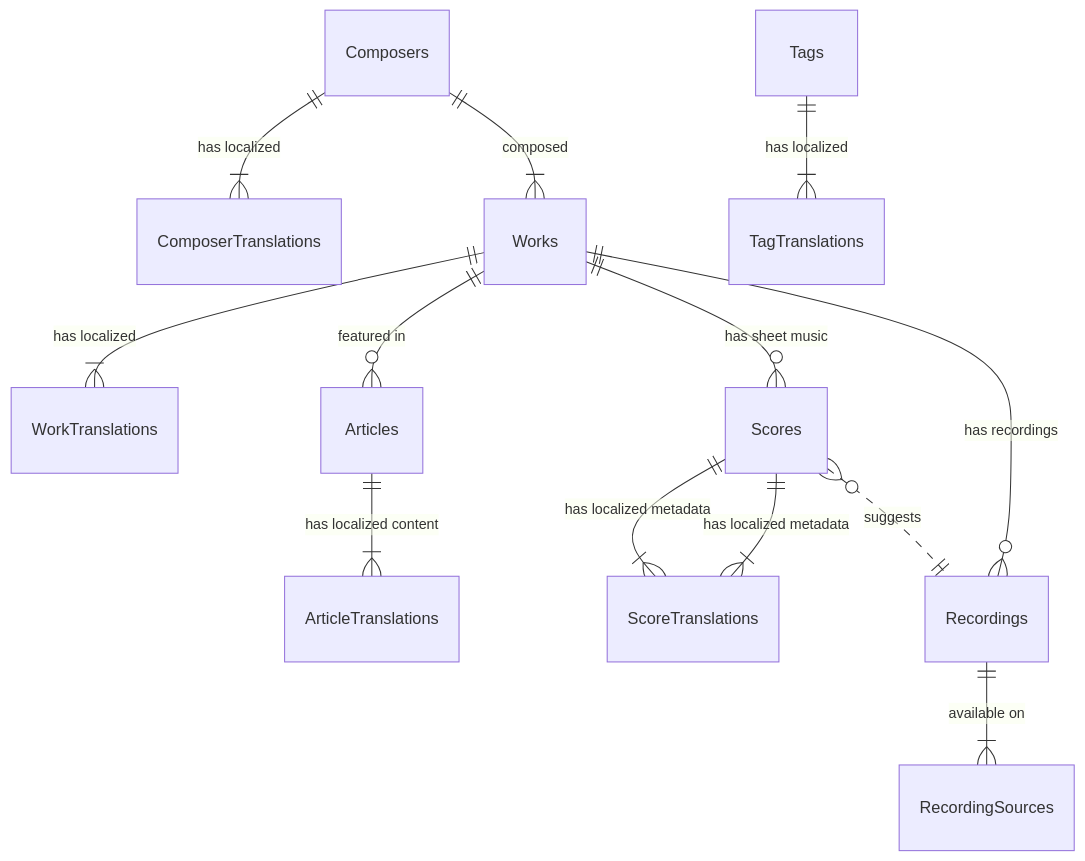
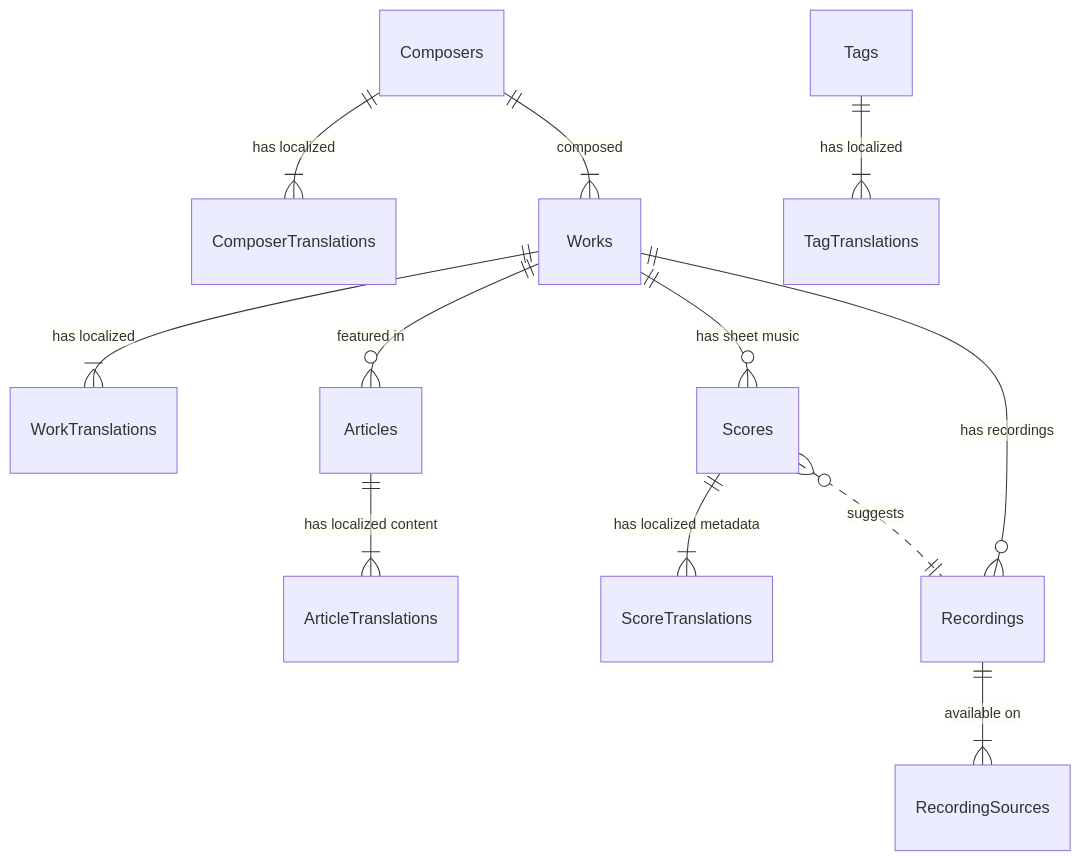
One commit to preludio-lab/preludio-lab changed the diagram in docs/05_design/database-schema.md. Above: the diagram before and after it, drawn with Mermaid. The commit also changed other lines of this file and 1 other file, not shown here.

````diff
--- a/docs/05_design/database-schema.md
+++ b/docs/05_design/database-schema.md
@@ -27,22 +27,21 @@
 ```mermaid
 erDiagram
     %% Masters (Reference)
     Composers ||--|{ ComposerTranslations : "has localized"
     Composers ||--|{ Works : "composed"
     Works ||--|{ WorkTranslations : "has localized"
     
     %% Application Core (Zero-JOIN)
     Works ||--o{ Articles : "featured in"
     Articles ||--|{ ArticleTranslations : "has localized content"
     
     %% Shared Assets
     Works ||--o{ Scores : "has sheet music"
     Scores ||--|{ ScoreTranslations : "has localized metadata"
-    Scores ||--|{ ScoreTranslations : "has localized metadata"
     Scores }o..|| Recordings : "suggests"
     Works ||--o{ Recordings : "has recordings"
     Recordings ||--|{ RecordingSources : "available on"
 
     %% Taxonomy
     Tags ||--|{ TagTranslations : "has localized"
 ```
````
